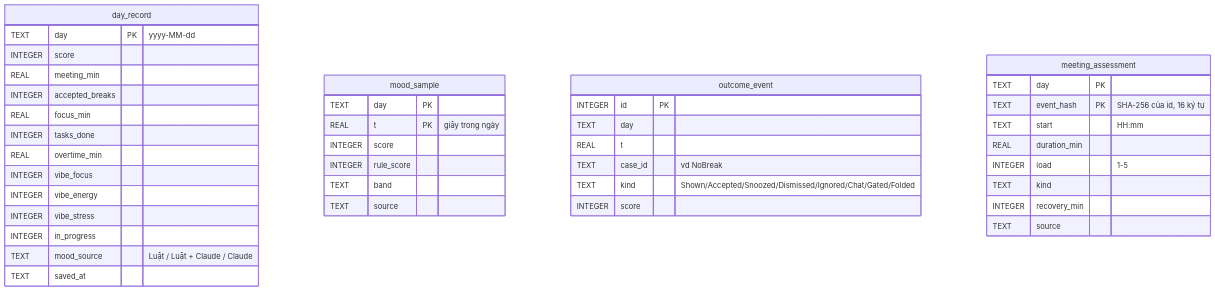
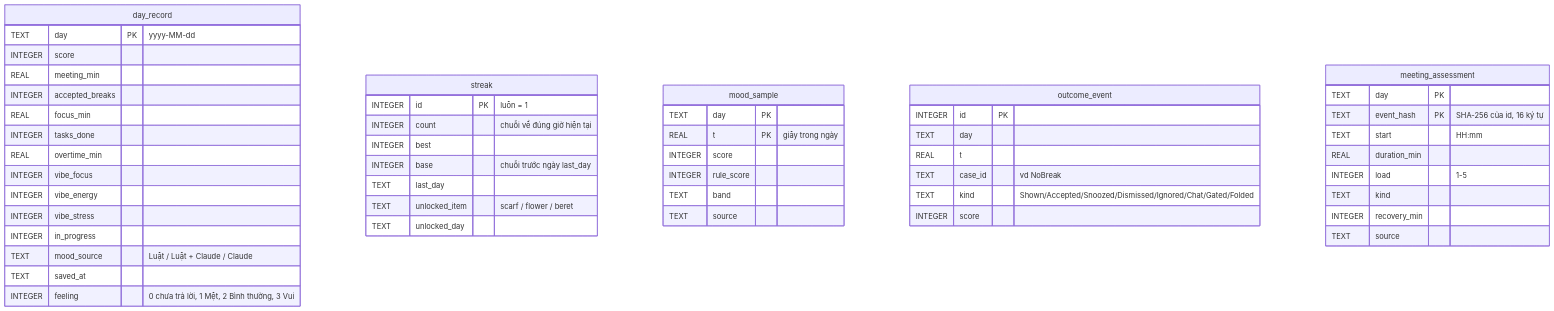
Before and after one commit to Killig3110/mindiful: diagram 11 of 15 in docs/KIEN-TRUC.md, drawn with Mermaid. The commit also changed other lines of this file and 35 other files, not shown here.

````diff
--- a/docs/KIEN-TRUC.md
+++ b/docs/KIEN-TRUC.md
@@ -546,44 +561,54 @@
 ```mermaid
 erDiagram
     day_record {
         TEXT day PK "yyyy-MM-dd"
         INTEGER score
         REAL meeting_min
         INTEGER accepted_breaks
         REAL focus_min
         INTEGER tasks_done
         REAL overtime_min
         INTEGER vibe_focus
         INTEGER vibe_energy
         INTEGER vibe_stress
         INTEGER in_progress
         TEXT mood_source "Luật / Luật + Claude / Claude"
         TEXT saved_at
+        INTEGER feeling "0 chưa trả lời, 1 Mệt, 2 Bình thường, 3 Vui"
+    }
+    streak {
+        INTEGER id PK "luôn = 1"
+        INTEGER count "chuỗi về đúng giờ hiện tại"
+        INTEGER best
+        INTEGER base "chuỗi trước ngày last_day"
+        TEXT last_day
+        TEXT unlocked_item "scarf / flower / beret"
+        TEXT unlocked_day
     }
     mood_sample {
         TEXT day PK
         REAL t PK "giây trong ngày"
         INTEGER score
         INTEGER rule_score
         TEXT band
         TEXT source
     }
     outcome_event {
         INTEGER id PK
         TEXT day
         REAL t
         TEXT case_id "vd NoBreak"
         TEXT kind "Shown/Accepted/Snoozed/Dismissed/Ignored/Chat/Gated/Folded"
         INTEGER score
     }
     meeting_assessment {
         TEXT day PK
         TEXT event_hash PK "SHA-256 của id, 16 ký tự"
         TEXT start "HH:mm"
         REAL duration_min
         INTEGER load "1-5"
         TEXT kind
         INTEGER recovery_min
         TEXT source
     }
 ```
````
